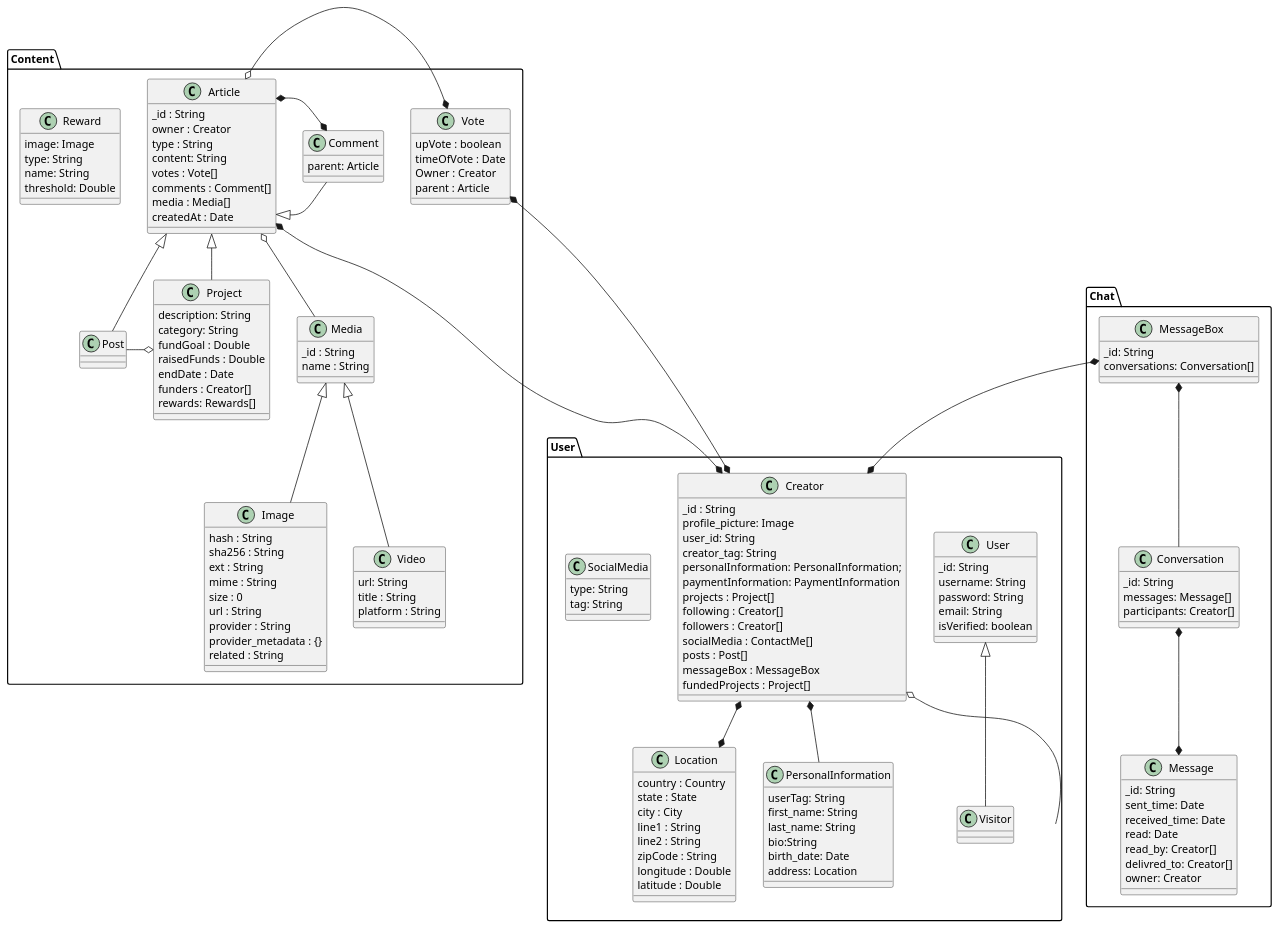
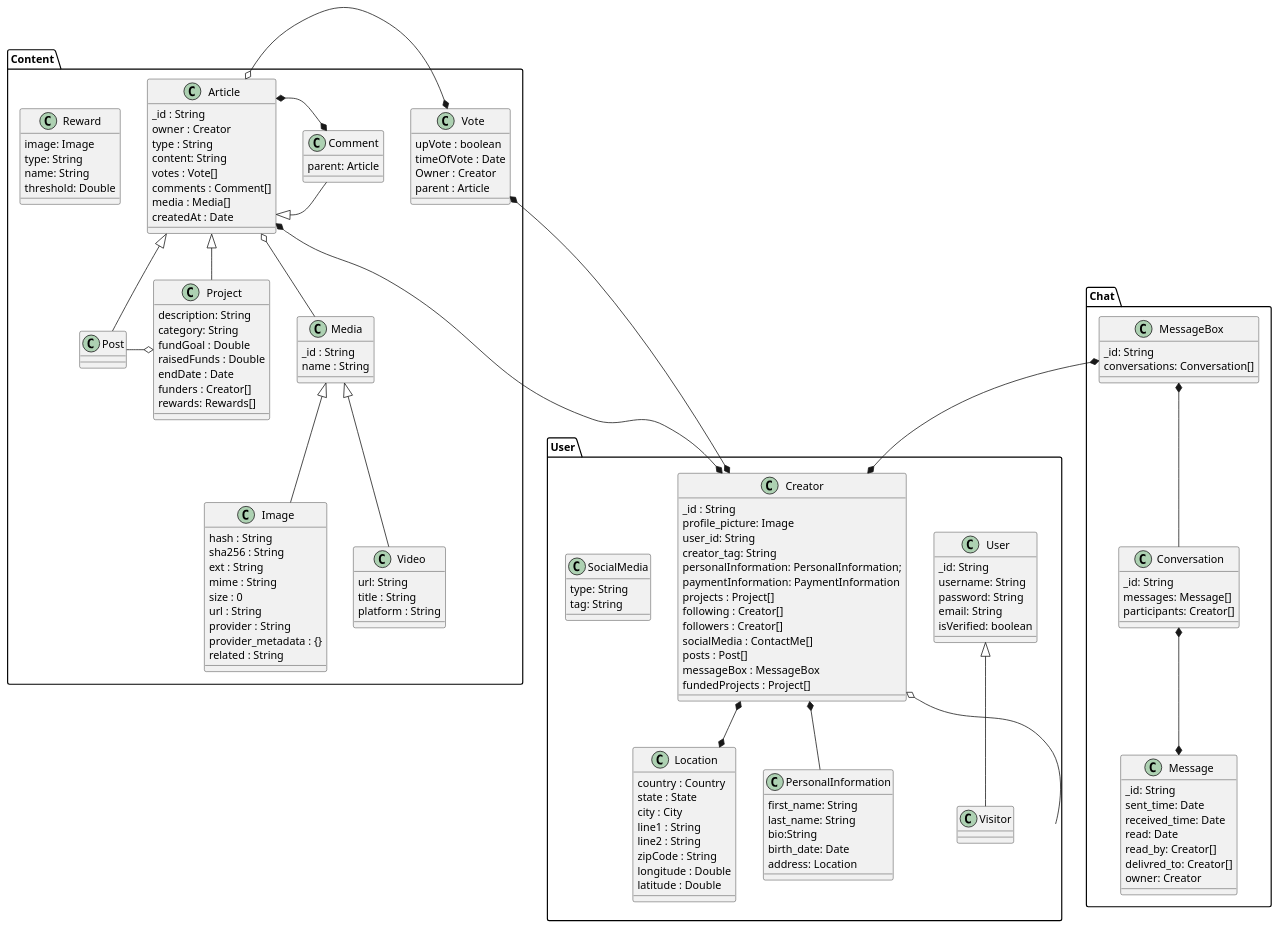
One commit to mlnomadpy/Sahem changed the diagram in Conception/Diagrams/plantUml/Class Diagrams/User.puml. Above: the diagram before and after it, drawn with PlantUML. The commit also changed 48 other files, not shown here.

```diff
--- a/Conception/Diagrams/plantUml/Class Diagrams/User.puml
+++ b/Conception/Diagrams/plantUml/Class Diagrams/User.puml
@@ -1,169 +1,168 @@
 @startuml User
 
 
 package Content{
     class Post extends Article{
     }
     class Vote{
         upVote : boolean
         timeOfVote : Date
         Owner : Creator
         parent : Article
     }
     class Project extends Article{
         description: String
         category: String
         fundGoal : Double
         raisedFunds : Double
         endDate : Date
         funders : Creator[]
         rewards: Rewards[]
     }
 
     class Comment extends Article{
         parent: Article
     }
     class Article{
         _id : String
         owner : Creator
         type : String
         content: String
         votes : Vote[]
         comments : Comment[]
         media : Media[]
         createdAt : Date
 
     }
     class Media{
         _id : String
         name : String
 
 
     }
     class Image extends Media{
         hash : String
         sha256 : String
         ext : String
         mime : String
         size : 0
         url : String
         provider : String
         provider_metadata : {}
         related : String
 
     }
     class Video extends Media{
         url: String
         title : String
         platform : String
     }
     class Reward {
         image: Image
         type: String
         name: String
         threshold: Double
     }
     Article o-* Vote
     Article *-right-* Comment
     Project o-left- Post
     Article o-- Media
 
 }
 package Chat {
 
     class MessageBox{
         _id: String
         conversations: Conversation[]
     }
     class Conversation{
         _id: String
         messages: Message[]
         participants: Creator[]
     }
     class Message{
         _id: String
         sent_time: Date
         received_time: Date
         read: Date
         read_by: Creator[]
         delivred_to: Creator[]
         owner: Creator
     }
 
 
 }
 
 package User{
 
     class User {
         _id: String
         username: String
         password: String
         email: String
         isVerified: boolean
     }
 
     
 
     class Creator{
         _id : String
         profile_picture: Image
         user_id: String
         creator_tag: String
         personalInformation: PersonalInformation;
         paymentInformation: PaymentInformation
         projects : Project[]
         following : Creator[]
         followers : Creator[]
         socialMedia : ContactMe[]
         posts : Post[]
         messageBox : MessageBox
         fundedProjects : Project[]
     }
 
     class Visitor extends User{
 
     }
 
     class Location{
         country : Country
         state : State
         city : City
         line1 : String
         line2 : String
         zipCode : String
         longitude : Double
         latitude : Double
     }
 
     class SocialMedia{
         type: String
         tag: String
     }
 
     class PersonalInformation{
-        userTag: String
         first_name: String
         last_name: String
         bio:String
         birth_date: Date
         address: Location
 
     }
 }
 
 
 
 MessageBox  *--*  Creator
 
 Article  *--*  Creator
 
 Creator *--* Location
 Creator *-- PersonalInformation
 Vote  *---*  Creator
 Creator o-- User
 MessageBox  *-down-  Conversation
 Message  *-up-*  Conversation
 
 
 @enduml
```
